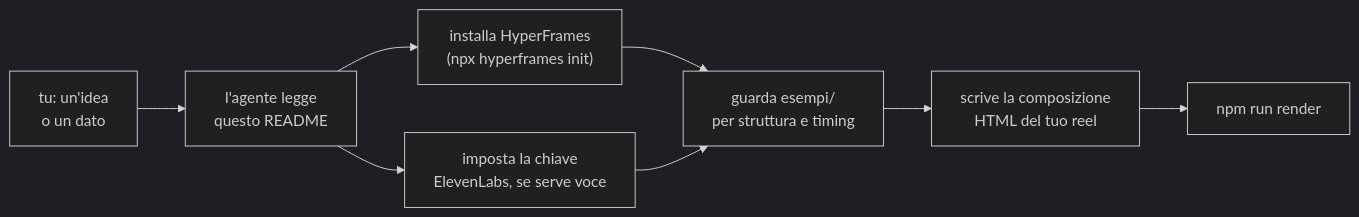
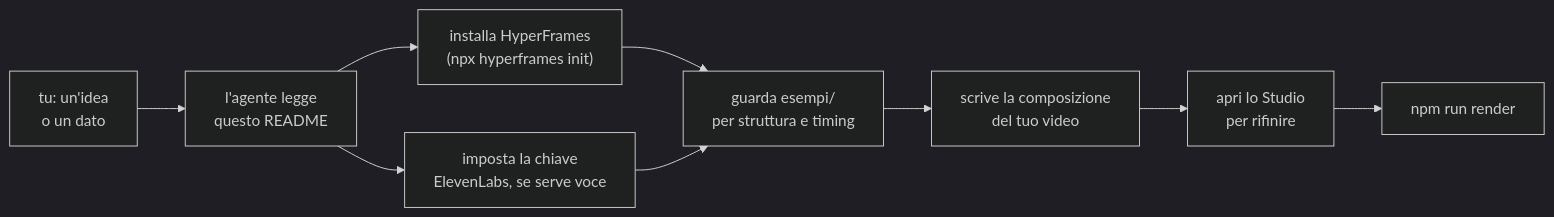
One commit to Lucas-Grilli/motore-video-ai changed the diagram in README.md. Above: the diagram before and after it, drawn with Mermaid (dark theme). The commit also changed other lines of this file and 4 other files, not shown here.

````diff
--- a/README.md
+++ b/README.md
@@ -105,10 +126,11 @@
 ```mermaid
 flowchart LR
     A["tu: un'idea<br/>o un dato"] --> B["l'agente legge<br/>questo README"]
     B --> C["installa HyperFrames<br/>(npx hyperframes init)"]
     B --> D["imposta la chiave<br/>ElevenLabs, se serve voce"]
     C --> E["guarda esempi/<br/>per struttura e timing"]
     D --> E
-    E --> F["scrive la composizione<br/>HTML del tuo reel"]
-    F --> G["npm run render"]
+    E --> F["scrive la composizione<br/>del tuo video"]
+    F --> G["apri lo Studio<br/>per rifinire"]
+    G --> H["npm run render"]
 ```
````
